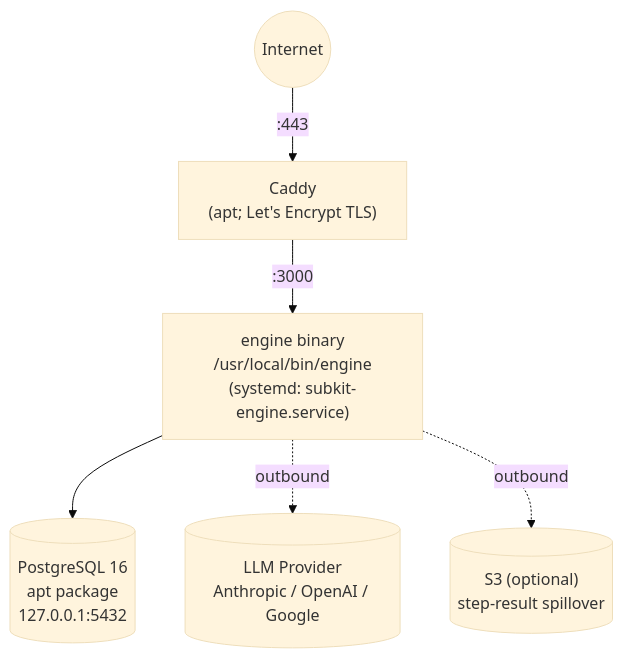
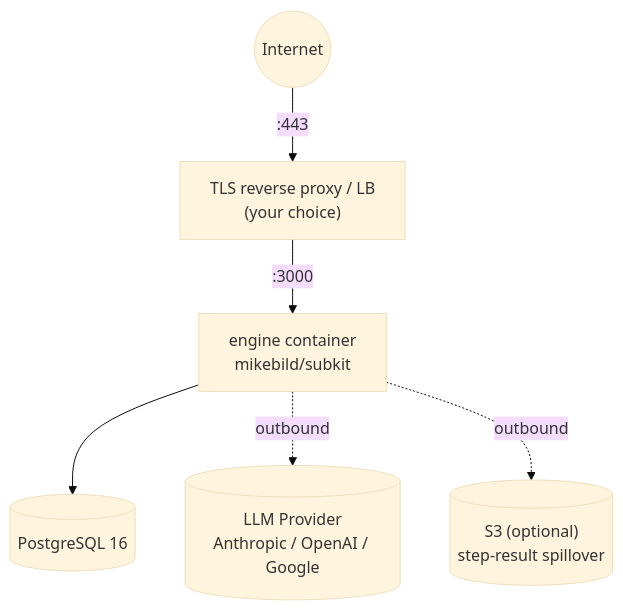
The first of 2 diagrams in docs/08-operations.md (MikeBild/subkit), drawn with Mermaid (base theme) before and after one commit. The commit also changed other lines of this file and 112 other files, not shown here.

````diff
--- a/docs/08-operations.md
+++ b/docs/08-operations.md
@@ -22,15 +22,15 @@
 ```mermaid
 flowchart TB
     Internet(("Internet"))
-    Caddy["Caddy<br/>(apt; Let's Encrypt TLS)"]
-    Engine["engine binary<br/>/usr/local/bin/engine<br/>(systemd: subkit-engine.service)"]
-    PG[("PostgreSQL 16<br/>apt package<br/>127.0.0.1:5432")]
+    Proxy["TLS reverse proxy / LB<br/>(your choice)"]
+    Engine["engine container<br/>mikebild/subkit"]
+    PG[("PostgreSQL 16")]
     LLM[("LLM Provider<br/>Anthropic / OpenAI / Google")]
     S3[("S3 (optional)<br/>step-result spillover")]
 
-    Internet -- :443 --> Caddy
-    Caddy -- :3000 --> Engine
+    Internet -- :443 --> Proxy
+    Proxy -- :3000 --> Engine
     Engine --> PG
     Engine -. outbound .-> LLM
     Engine -. outbound .-> S3
 ```
````
